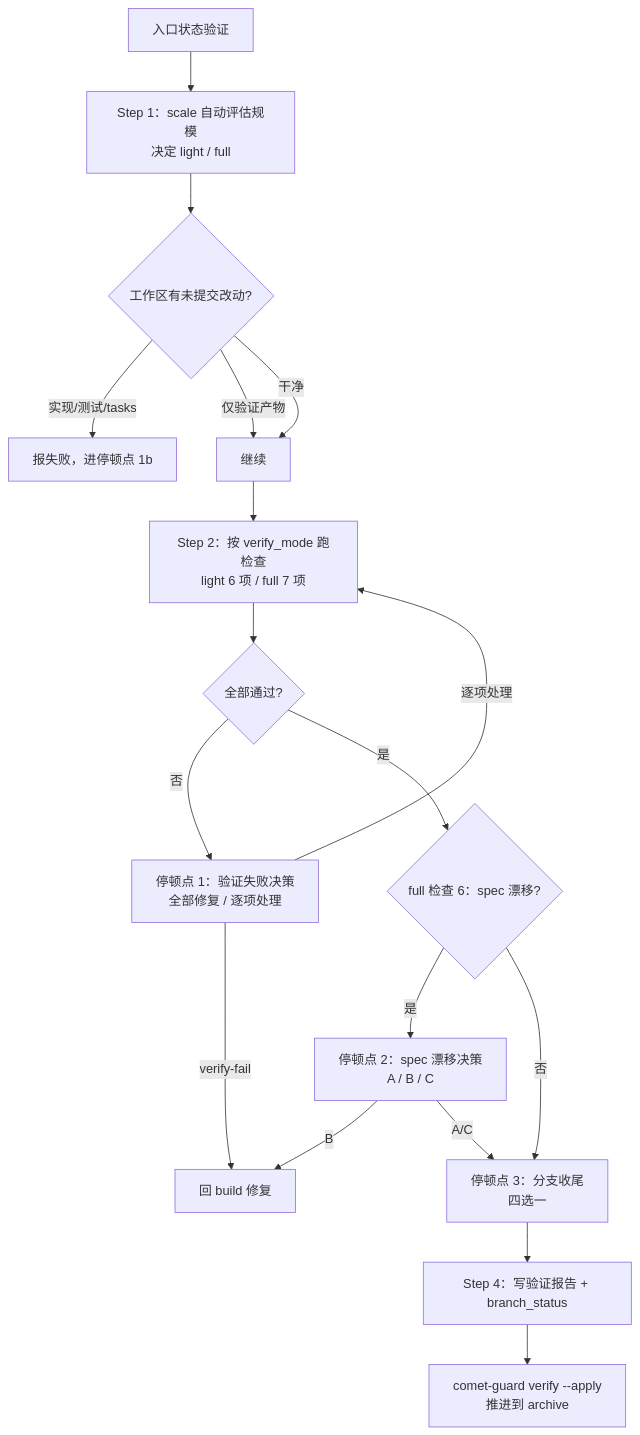
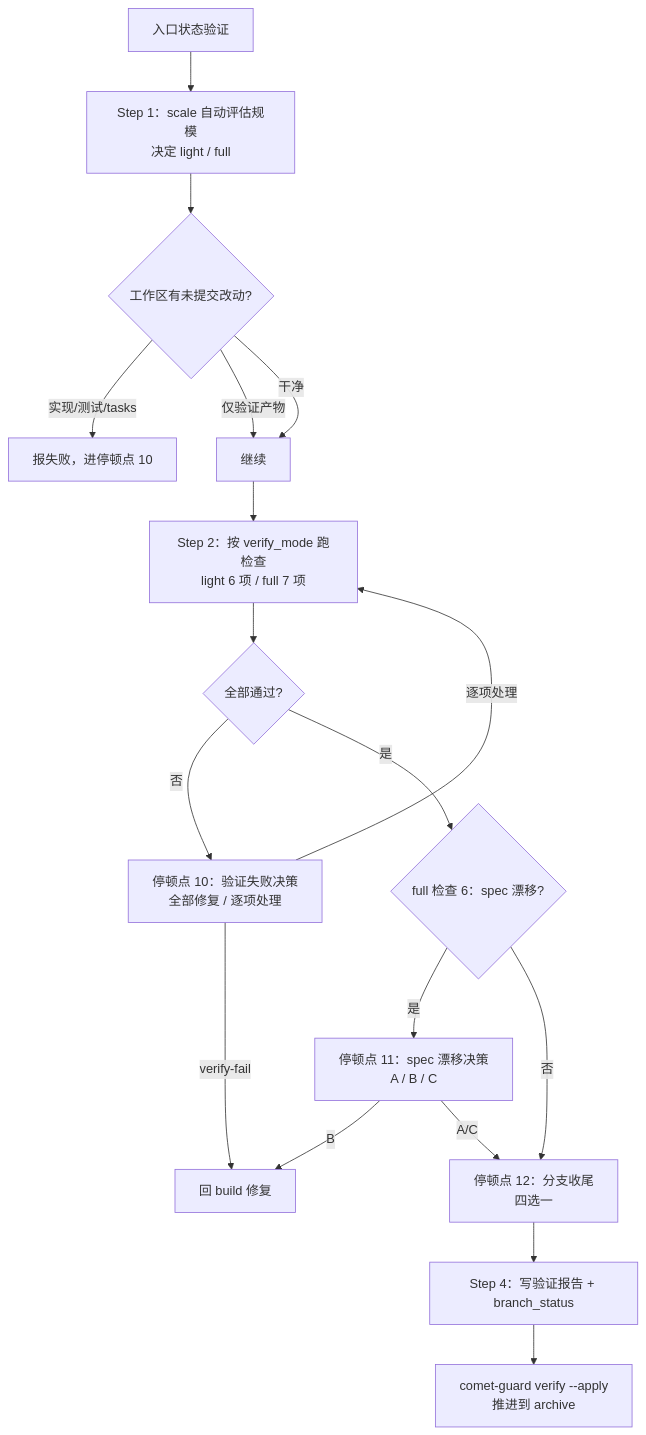
The diagram in zh/phases/verify.mdx (rpamis/comet-website-docs), drawn with Mermaid before and after one commit. The commit also changed other lines of this file and 5 other files, not shown here.

````diff
--- a/zh/phases/verify.mdx
+++ b/zh/phases/verify.mdx
@@ -35,20 +35,20 @@
 ```mermaid
 flowchart TD
     Entry["入口状态验证"] --> Scale["Step 1：scale 自动评估规模<br/>决定 light / full"]
     Scale --> Dirty{"工作区有未提交改动?"}
-    Dirty -->|实现/测试/tasks| Fail1b["报失败，进停顿点 1b"]
+    Dirty -->|实现/测试/tasks| Fail1b["报失败，进停顿点 10"]
     Dirty -->|仅验证产物| Cont["继续"]
     Dirty -->|干净| Cont
     Cont --> Check["Step 2：按 verify_mode 跑检查<br/>light 6 项 / full 7 项"]
     Check --> Pass{"全部通过?"}
-    Pass -->|否| Stop1b["停顿点 1：验证失败决策<br/>全部修复 / 逐项处理"]
+    Pass -->|否| Stop1b["停顿点 10：验证失败决策<br/>全部修复 / 逐项处理"]
     Pass -->|是| Drift{"full 检查 6：spec 漂移?"}
     Stop1b -->|verify-fail| Build["回 build 修复"]
     Stop1b -->|逐项处理| Check
-    Drift -->|是| Stop2b["停顿点 2：spec 漂移决策<br/>A / B / C"]
-    Drift -->|否| Stop3["停顿点 3：分支收尾<br/>四选一"]
+    Drift -->|是| Stop2b["停顿点 11：spec 漂移决策<br/>A / B / C"]
+    Drift -->|否| Stop3["停顿点 12：分支收尾<br/>四选一"]
     Stop2b -->|B| Build
     Stop2b -->|A/C| Stop3
     Stop3 --> Record["Step 4：写验证报告 + branch_status"]
     Record --> Exit["comet-guard verify --apply<br/>推进到 archive"]
 ```
````
